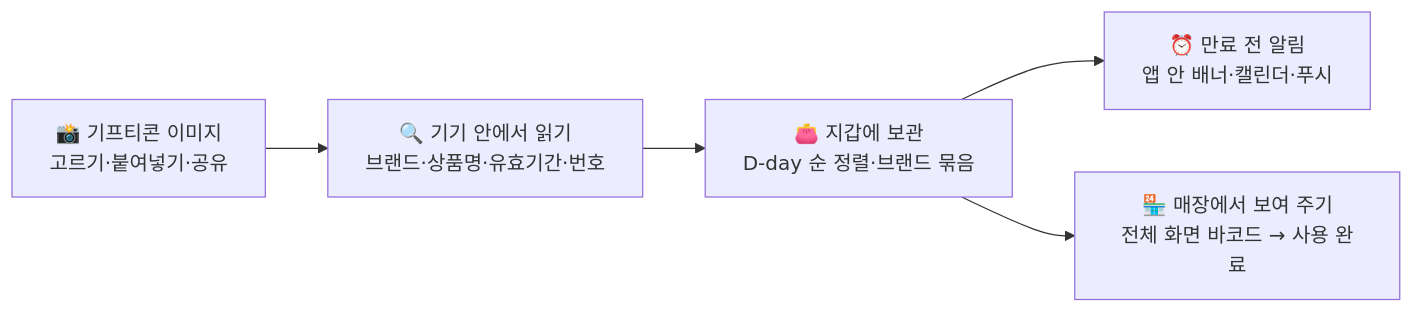
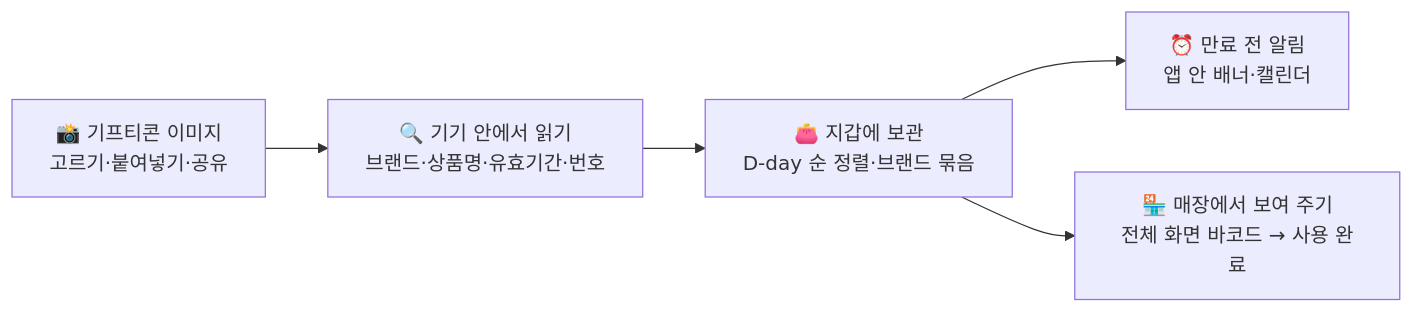
Before and after one commit to HyunIm/gifticon-pocket: the first of 4 diagrams in README.md, drawn with Mermaid. The commit also changed other lines of this file and 18 other files, not shown here.

````diff
--- a/README.md
+++ b/README.md
@@ -28,7 +28,7 @@
 ```mermaid
 flowchart LR
     A["📸 기프티콘 이미지<br/>고르기·붙여넣기·공유"] --> B["🔍 기기 안에서 읽기<br/>브랜드·상품명·유효기간·번호"]
     B --> C["👛 지갑에 보관<br/>D-day 순 정렬·브랜드 묶음"]
-    C --> D["⏰ 만료 전 알림<br/>앱 안 배너·캘린더·푸시"]
+    C --> D["⏰ 만료 전 알림<br/>앱 안 배너·캘린더"]
     C --> E["🏪 매장에서 보여 주기<br/>전체 화면 바코드 → 사용 완료"]
 ```
````
